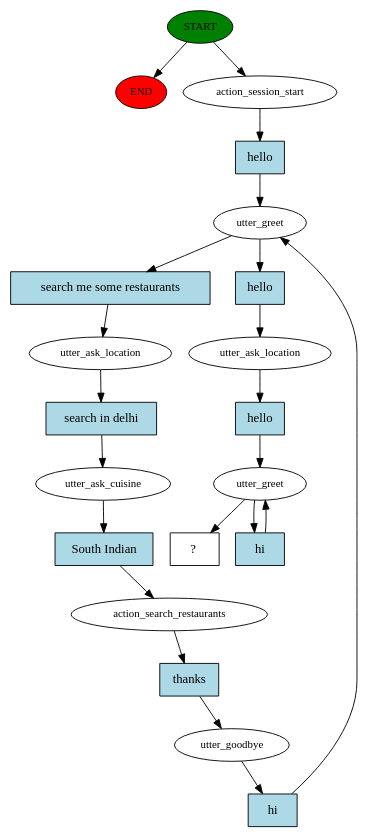
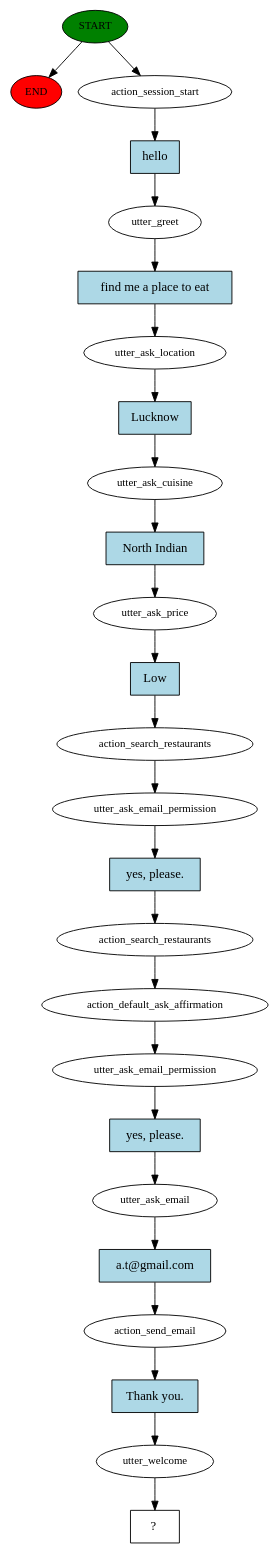
Before and after one commit to 4nshuman/Foodie_chatbot: the diagram in story_graph.dot, drawn with Graphviz. The commit also changed 34 other files, not shown here.

```diff
--- a/story_graph.dot
+++ b/story_graph.dot
@@ -1,43 +1,51 @@
 digraph  {
 0 [class="start active", fillcolor=green, fontsize=12, label=START, style=filled];
 "-1" [class=end, fillcolor=red, fontsize=12, label=END, style=filled];
 1 [class=active, fontsize=12, label=action_session_start];
 2 [class=active, fontsize=12, label=utter_greet];
 3 [class=active, fontsize=12, label=utter_ask_location];
 4 [class=active, fontsize=12, label=utter_ask_cuisine];
-5 [class=active, fontsize=12, label=action_search_restaurants];
-6 [class=active, fontsize=12, label=utter_goodbye];
-8 [class=active, fontsize=12, label=utter_ask_location];
-9 [class=active, fontsize=12, label=utter_greet];
-13 [class="intent dashed active", label="  ?  ", shape=rect];
-14 [class="intent active", fillcolor=lightblue, label=hello, shape=rect, style=filled];
-15 [class="intent active", fillcolor=lightblue, label="search me some restaurants", shape=rect, style=filled];
-16 [class="intent active", fillcolor=lightblue, label=hello, shape=rect, style=filled];
-17 [class="intent active", fillcolor=lightblue, label="search in delhi", shape=rect, style=filled];
-18 [class="intent active", fillcolor=lightblue, label="South Indian", shape=rect, style=filled];
-19 [class="intent active", fillcolor=lightblue, label=thanks, shape=rect, style=filled];
-20 [class="intent active", fillcolor=lightblue, label=hi, shape=rect, style=filled];
-21 [class="intent active", fillcolor=lightblue, label=hello, shape=rect, style=filled];
-22 [class="intent active", fillcolor=lightblue, label=hi, shape=rect, style=filled];
+5 [class=active, fontsize=12, label=utter_ask_price];
+6 [class=active, fontsize=12, label=action_search_restaurants];
+7 [class=active, fontsize=12, label=utter_ask_email_permission];
+8 [class=active, fontsize=12, label=action_search_restaurants];
+9 [class=active, fontsize=12, label=action_default_ask_affirmation];
+10 [class=active, fontsize=12, label=utter_ask_email_permission];
+11 [class=active, fontsize=12, label=utter_ask_email];
+12 [class=active, fontsize=12, label=action_send_email];
+13 [class=active, fontsize=12, label=utter_welcome];
+14 [class="intent dashed active", label="  ?  ", shape=rect];
+15 [class="intent active", fillcolor=lightblue, label=hello, shape=rect, style=filled];
+16 [class="intent active", fillcolor=lightblue, label="find me a place to eat", shape=rect, style=filled];
+17 [class="intent active", fillcolor=lightblue, label=Lucknow, shape=rect, style=filled];
+18 [class="intent active", fillcolor=lightblue, label="North Indian", shape=rect, style=filled];
+19 [class="intent active", fillcolor=lightblue, label=Low, shape=rect, style=filled];
+20 [class="intent active", fillcolor=lightblue, label="yes, please.", shape=rect, style=filled];
+21 [class="intent active", fillcolor=lightblue, label="yes, please.", shape=rect, style=filled];
+22 [class="intent active", fillcolor=lightblue, label="a.t@gmail.com", shape=rect, style=filled];
+23 [class="intent active", fillcolor=lightblue, label="Thank you.", shape=rect, style=filled];
 0 -> "-1"  [class="", key=NONE, label=""];
 0 -> 1  [class=active, key=NONE, label=""];
-1 -> 14  [class=active, key=0];
-2 -> 15  [class=active, key=0];
+1 -> 15  [class=active, key=0];
 2 -> 16  [class=active, key=0];
 3 -> 17  [class=active, key=0];
 4 -> 18  [class=active, key=0];
 5 -> 19  [class=active, key=0];
-6 -> 20  [class=active, key=0];
-8 -> 21  [class=active, key=0];
-9 -> 13  [class=active, key=NONE, label=""];
-9 -> 22  [class=active, key=0];
-14 -> 2  [class=active, key=0];
-15 -> 3  [class=active, key=0];
-16 -> 8  [class=active, key=0];
+6 -> 7  [class=active, key=NONE, label=""];
+7 -> 20  [class=active, key=0];
+8 -> 9  [class=active, key=NONE, label=""];
+9 -> 10  [class=active, key=NONE, label=""];
+10 -> 21  [class=active, key=0];
+11 -> 22  [class=active, key=0];
+12 -> 23  [class=active, key=0];
+13 -> 14  [class=active, key=NONE, label=""];
+15 -> 2  [class=active, key=0];
+16 -> 3  [class=active, key=0];
 17 -> 4  [class=active, key=0];
 18 -> 5  [class=active, key=0];
 19 -> 6  [class=active, key=0];
-20 -> 2  [class=active, key=0];
-21 -> 9  [class=active, key=0];
-22 -> 9  [class=active, key=0];
+20 -> 8  [class=active, key=0];
+21 -> 11  [class=active, key=0];
+22 -> 12  [class=active, key=0];
+23 -> 13  [class=active, key=0];
 }
```
